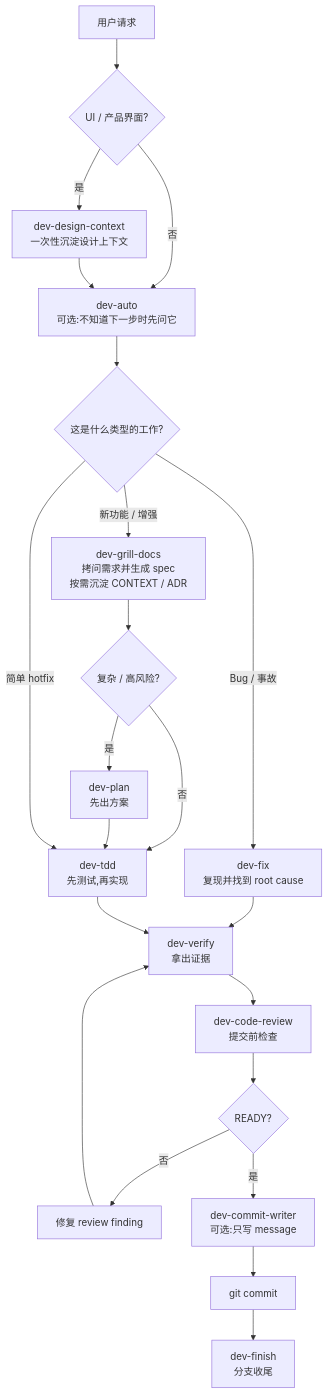
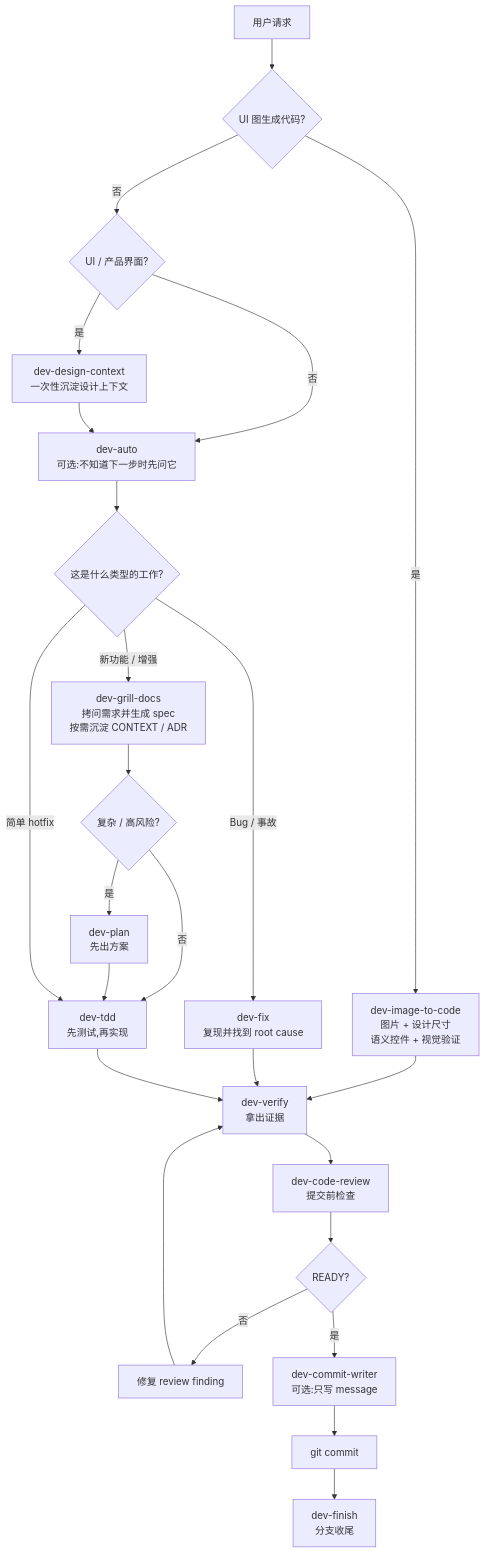
The diagram in README.md (Jason-chen-coder/dev-skills), drawn with Mermaid before and after one commit. The commit also changed other lines of this file and 12 other files, not shown here.

Commit message:
docs: surface dev image to code skill

````diff
--- a/README.md
+++ b/README.md
@@ -282,28 +297,31 @@
 ```mermaid
 flowchart TD
-  Start["用户请求"] --> Design{"UI / 产品界面?"}
+  Start["用户请求"] --> FromImage{"UI 图生成代码?"}
+  FromImage -->|是| ImageCode["dev-image-to-code<br/>图片 + 设计尺寸<br/>语义控件 + 视觉验证"]
+  FromImage -->|否| Design{"UI / 产品界面?"}
   Design -->|是| Teach["dev-design-context<br/>一次性沉淀设计上下文"]
   Design -->|否| Auto["dev-auto<br/>可选:不知道下一步时先问它"]
   Teach --> Auto
+  ImageCode --> Verify
   Auto --> Kind{"这是什么类型的工作?"}
 
   Kind -->|新功能 / 增强| GrillDocs["dev-grill-docs<br/>拷问需求并生成 spec<br/>按需沉淀 CONTEXT / ADR"]
   GrillDocs --> NeedPlan{"复杂 / 高风险?"}
   NeedPlan -->|是| Plan["dev-plan<br/>先出方案"]
   NeedPlan -->|否| TDD["dev-tdd<br/>先测试,再实现"]
   Plan --> TDD
 
   Kind -->|Bug / 事故| Fix["dev-fix<br/>复现并找到 root cause"]
   Fix --> Verify["dev-verify<br/>拿出证据"]
 
   Kind -->|简单 hotfix| TDD
   TDD --> Verify
 
   Verify --> Review["dev-code-review<br/>提交前检查"]
   Review --> Ready{"READY?"}
   Ready -->|否| Rework["修复 review finding"]
   Rework --> Verify
   Ready -->|是| CommitMsg["dev-commit-writer<br/>可选:只写 message"]
   CommitMsg --> GitCommit["git commit"]
   GitCommit --> Finish["dev-finish<br/>分支收尾"]
 ```
````
